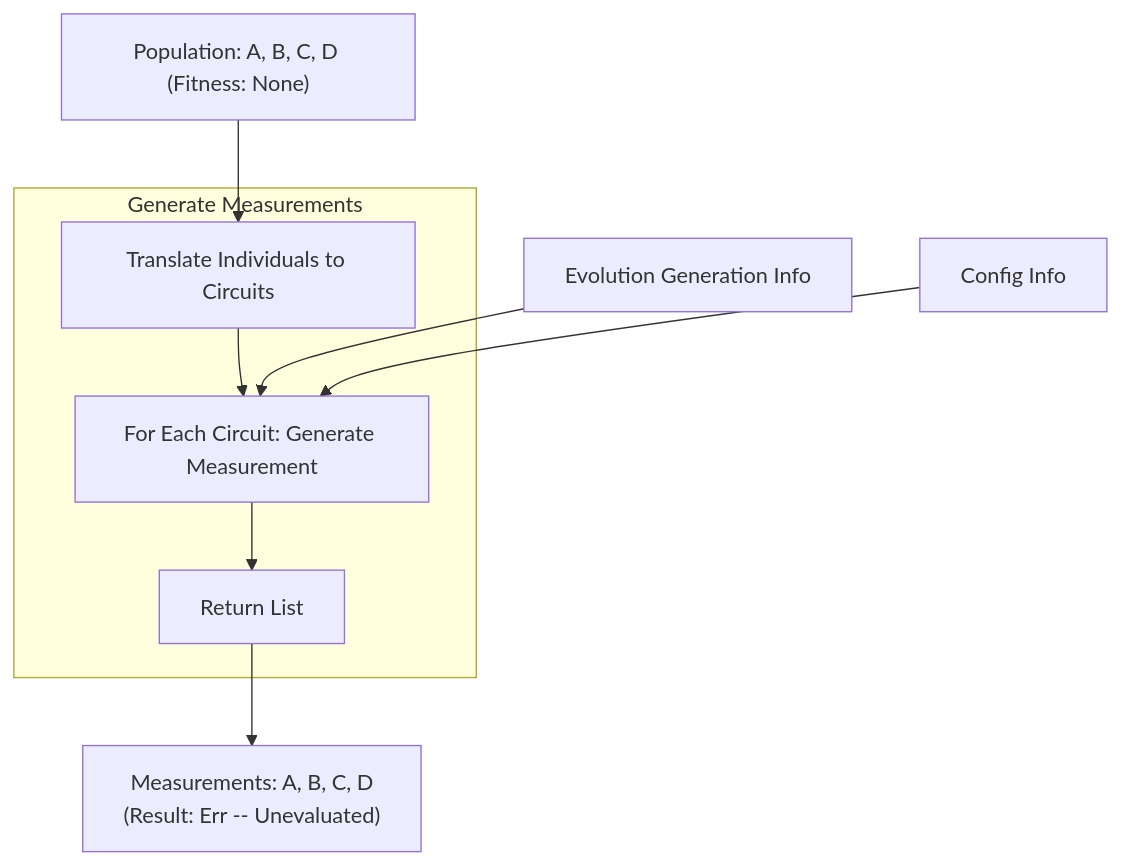
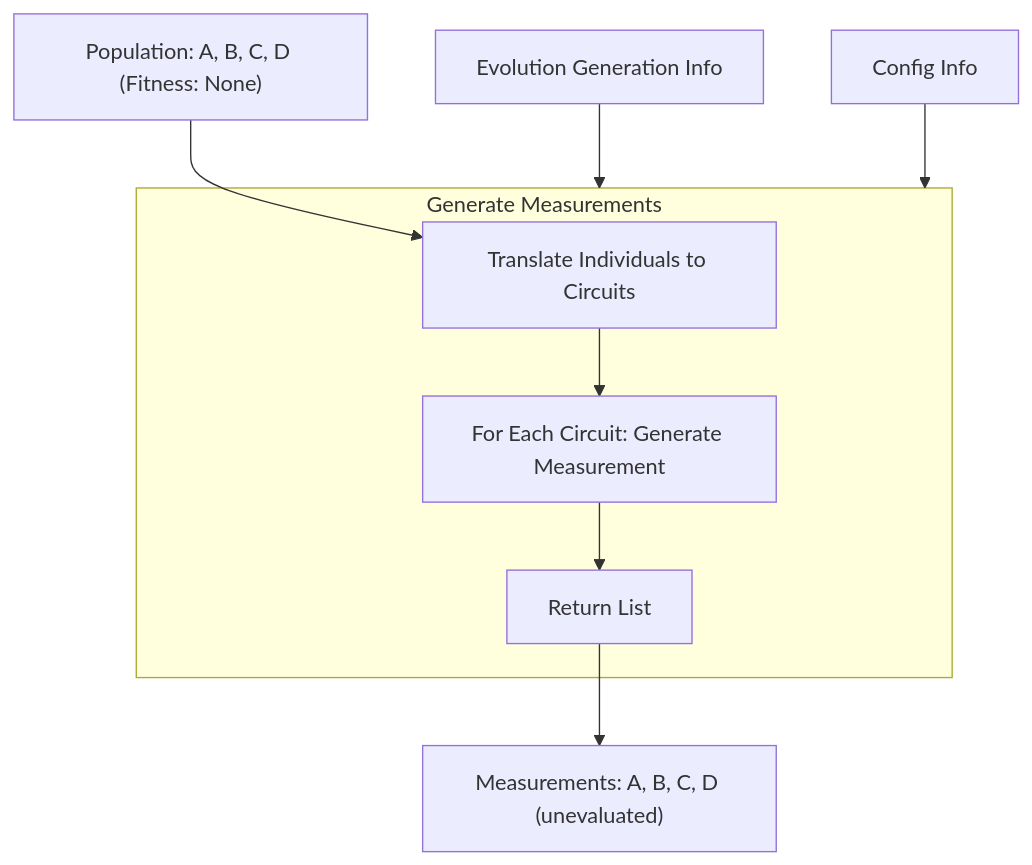
Before and after one commit to evolvablehardware/BitstreamEvolution: diagram 17 of 22 in docs/sphinx/source/architecture/index.rst, drawn with Mermaid. The commit also changed other lines of this file and 28 other files, not shown here.

```diff
--- a/docs/sphinx/source/architecture/index.rst
+++ b/docs/sphinx/source/architecture/index.rst
@@ -421,16 +452,16 @@
 .. mermaid::
 
    flowchart TD
        pop4["Population: A, B, C, D (Fitness: None)"]
        geninfo4["Evolution Generation Info"]
        config4["Config Info"]
        subgraph GenMeas["Generate Measurements"]
            translate["Translate Individuals to Circuits"]
            foreach["For Each Circuit: Generate Measurement"]
            returnlist["Return List"]
            translate --> foreach --> returnlist
        end
        pop4 --> translate
-       geninfo4 --> foreach
-       config4 --> foreach
-       returnlist --> mout["Measurements: A, B, C, D\n(Result: Err -- Unevaluated)"]
+       geninfo4 --> GenMeas
+       config4 --> GenMeas
+       returnlist --> mout["Measurements: A, B, C, D (unevaluated)"]
```
